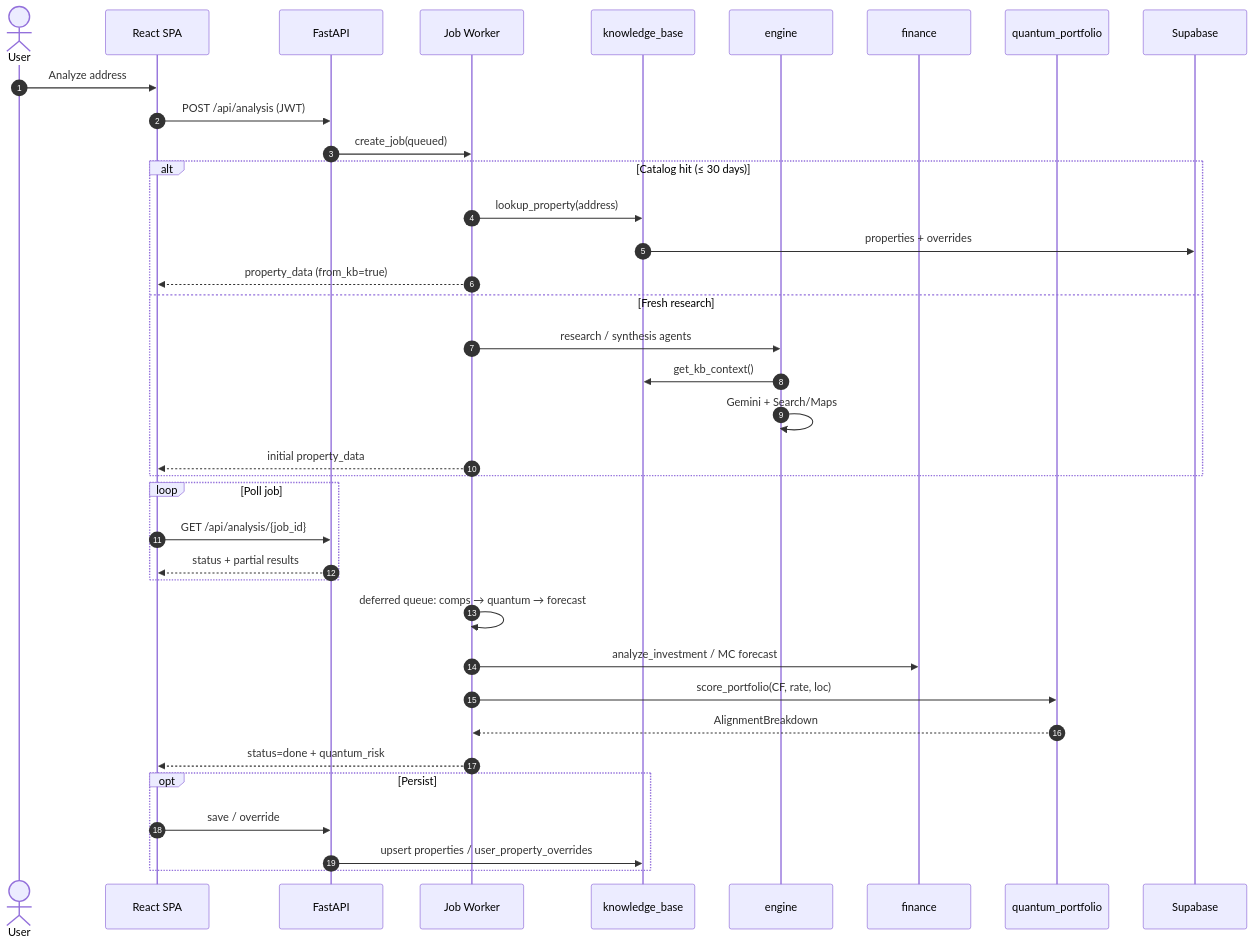
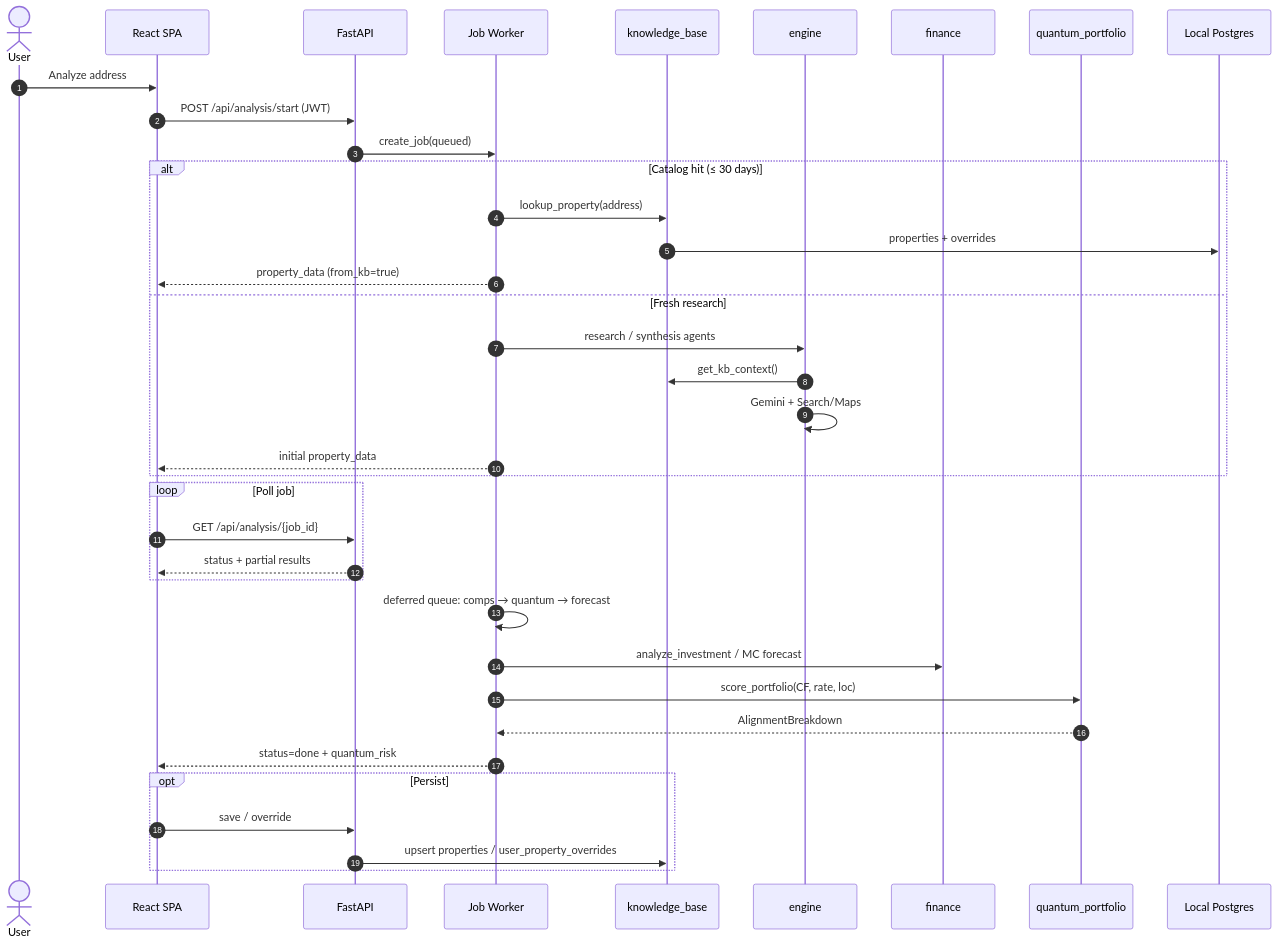
Before and after one commit to Preebg/RealEstateAI: the fourth of 12 diagrams in README.md, drawn with Mermaid. The commit also changed other lines of this file, not shown here.

````diff
--- a/README.md
+++ b/README.md
@@ -153,44 +174,44 @@
 ```mermaid
 sequenceDiagram
     autonumber
     actor User
     participant SPA as React SPA
     participant API as FastAPI
     participant Jobs as Job Worker
     participant KB as knowledge_base
     participant Eng as engine
     participant Fin as finance
     participant Q as quantum_portfolio
-    participant DB as Supabase
+    participant DB as Local Postgres
 
     User->>SPA: Analyze address
-    SPA->>API: POST /api/analysis (JWT)
+    SPA->>API: POST /api/analysis/start (JWT)
     API->>Jobs: create_job(queued)
 
     alt Catalog hit (≤ 30 days)
         Jobs->>KB: lookup_property(address)
         KB->>DB: properties + overrides
         Jobs-->>SPA: property_data (from_kb=true)
     else Fresh research
         Jobs->>Eng: research / synthesis agents
         Eng->>KB: get_kb_context()
         Eng->>Eng: Gemini + Search/Maps
         Jobs-->>SPA: initial property_data
     end
 
     loop Poll job
         SPA->>API: GET /api/analysis/{job_id}
         API-->>SPA: status + partial results
     end
 
     Jobs->>Jobs: deferred queue: comps → quantum → forecast
     Jobs->>Fin: analyze_investment / MC forecast
     Jobs->>Q: score_portfolio(CF, rate, loc)
     Q-->>Jobs: AlignmentBreakdown
     Jobs-->>SPA: status=done + quantum_risk
 
     opt Persist
         SPA->>API: save / override
         API->>KB: upsert properties / user_property_overrides
     end
 ```
````
